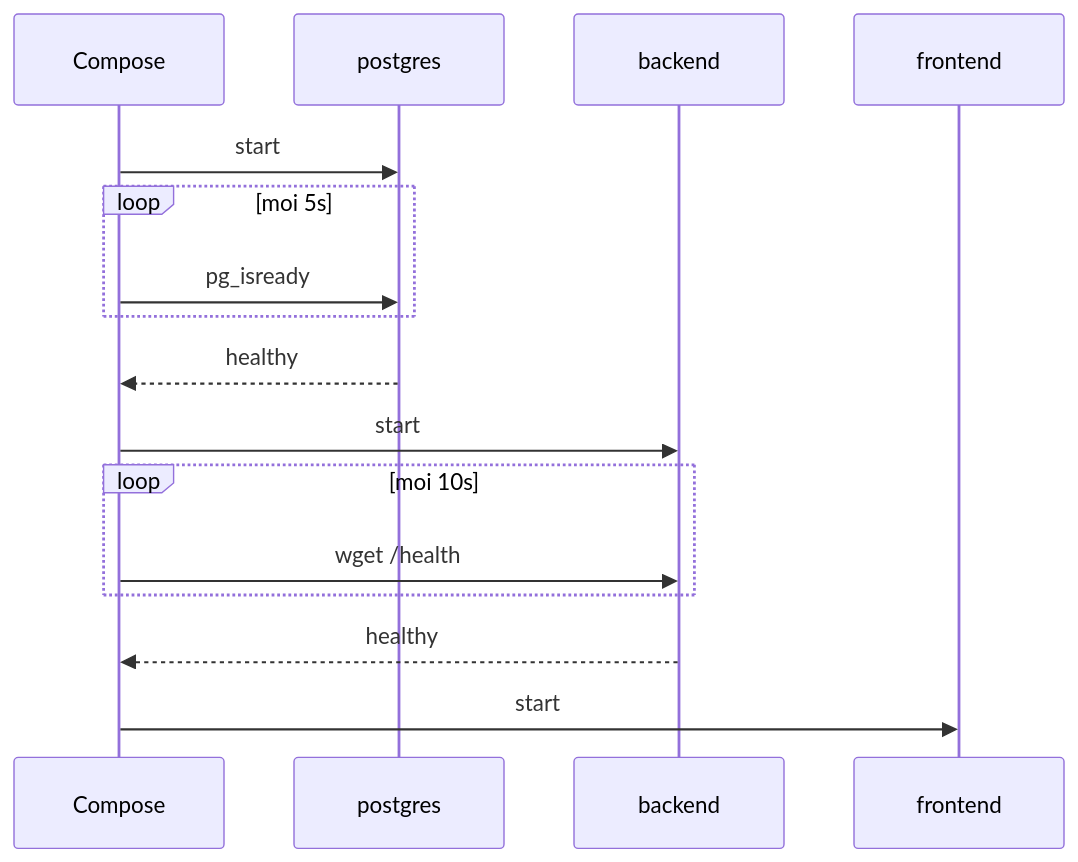
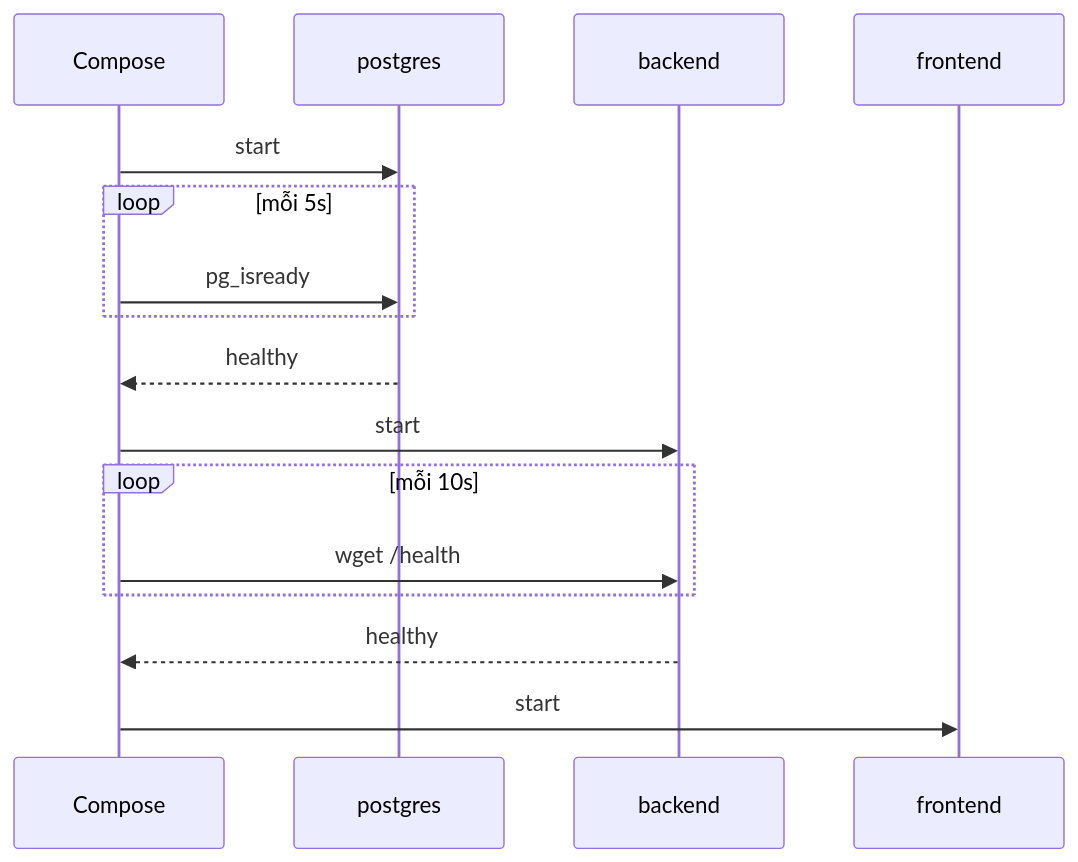
The diagram in labs/week-07/session-14.md (TienNHM/devops-course), drawn with Mermaid before and after one commit. The commit also changed other lines of this file and 266 other files, not shown here.

````diff
--- a/labs/week-07/session-14.md
+++ b/labs/week-07/session-14.md
@@ -149,18 +47,18 @@
 ```mermaid
 sequenceDiagram
     participant C as Compose
     participant P as postgres
     participant B as backend
     participant F as frontend
     C->>P: start
-    loop moi 5s
+    loop mỗi 5s
         C->>P: pg_isready
     end
     P-->>C: healthy
     C->>B: start
-    loop moi 10s
+    loop mỗi 10s
         C->>B: wget /health
     end
     B-->>C: healthy
     C->>F: start
 ```
````
